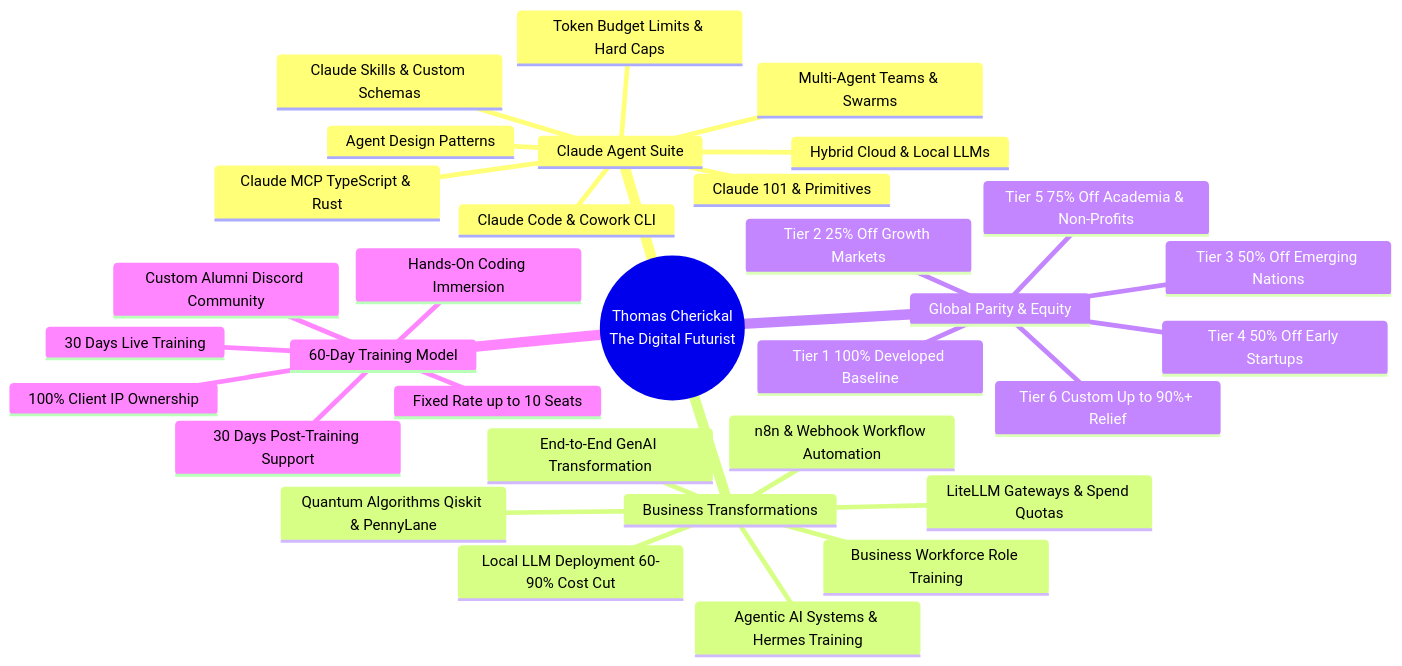
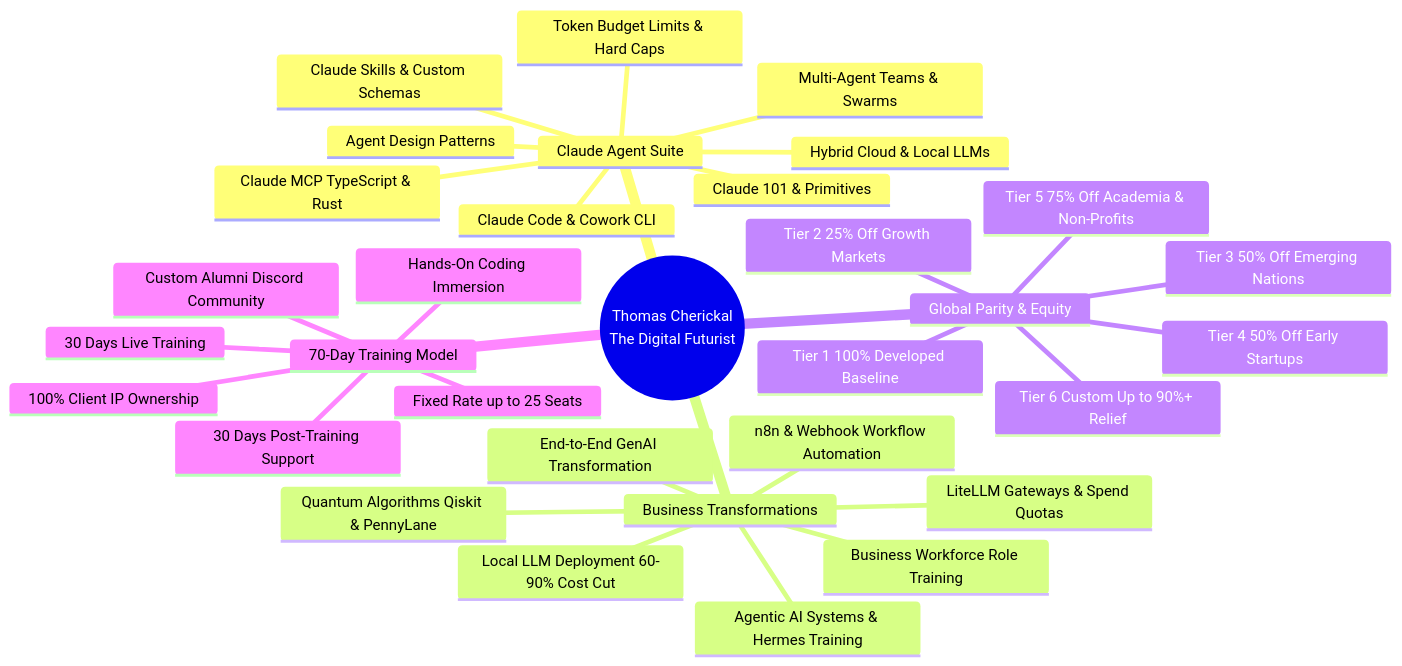
Before and after one commit to thomascherickal/thomascherickal.github.io: the first of 2 diagrams in README.md, drawn with Mermaid. The commit also changed other lines of this file and 95 other files, not shown here.

````diff
--- a/README.md
+++ b/README.md
@@ -33,35 +33,35 @@
 ```mermaid
 mindmap
   root((Thomas Cherickal<br/>The Digital Futurist))
     Claude Agent Suite
       Claude 101 & Primitives
       Claude Code & Cowork CLI
       Claude Skills & Custom Schemas
       Claude MCP TypeScript & Rust
       Multi-Agent Teams & Swarms
       Agent Design Patterns
       Token Budget Limits & Hard Caps
       Hybrid Cloud & Local LLMs
     Business Transformations
       End-to-End GenAI Transformation
       Local LLM Deployment 60-90% Cost Cut
       Agentic AI Systems & Hermes Training
       n8n & Webhook Workflow Automation
       Quantum Algorithms Qiskit & PennyLane
       LiteLLM Gateways & Spend Quotas
       Business Workforce Role Training
     Global Parity & Equity
       Tier 1 100% Developed Baseline
       Tier 2 25% Off Growth Markets
       Tier 3 50% Off Emerging Nations
       Tier 4 50% Off Early Startups
       Tier 5 75% Off Academia & Non-Profits
       Tier 6 Custom Up to 90%+ Relief
-    60-Day Training Model
+    70-Day Training Model
       Hands-On Coding Immersion
-      Fixed Rate up to 10 Seats
+      Fixed Rate up to 25 Seats
       30 Days Live Training
       30 Days Post-Training Support
       Custom Alumni Discord Community
       100% Client IP Ownership
 ```
````
